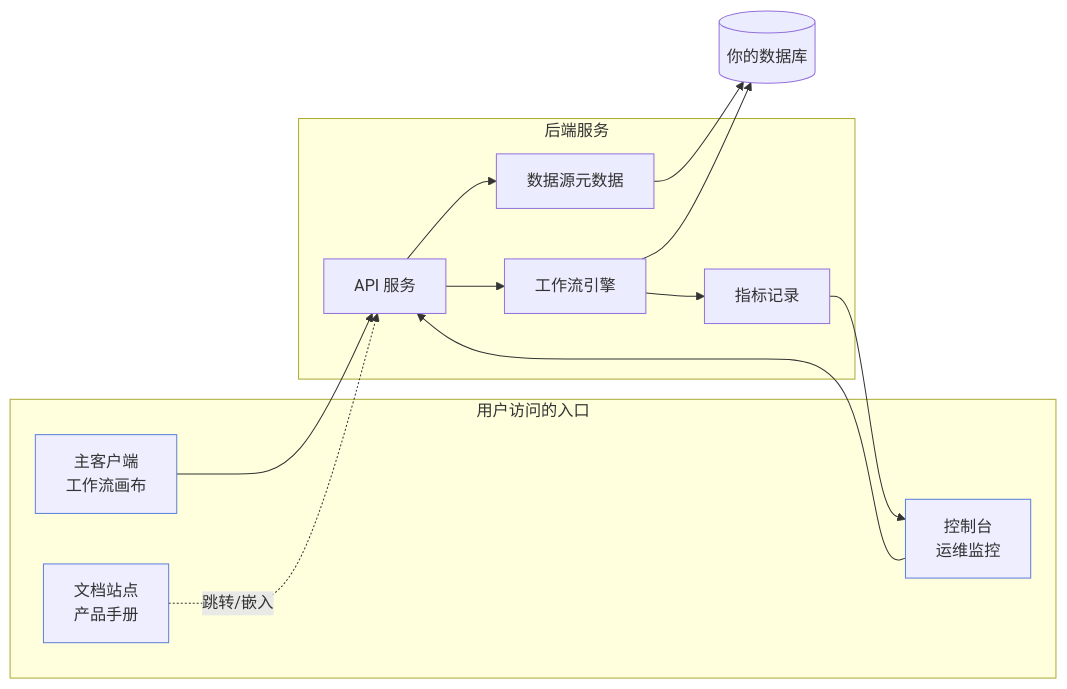
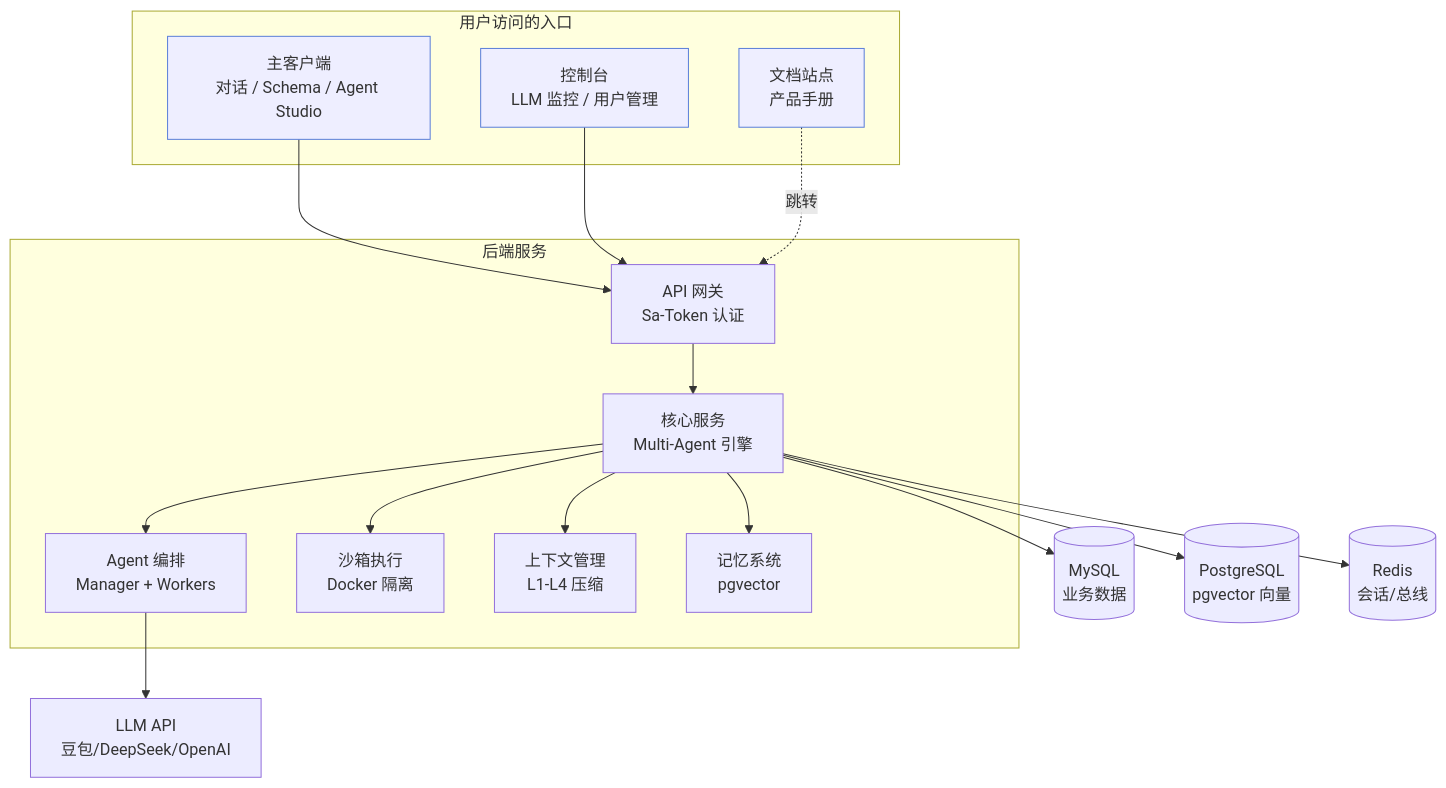
Before and after one commit to shixia9/MustBeTheSQL: the first of 3 diagrams in sql-logic-docs/docs/constructure/overview.md, drawn with Mermaid. The commit also changed other lines of this file and 11 other files, not shown here.

First line of the commit message:
docs: 更新全量文档适配 Multi-Agent 架构

````diff
--- a/sql-logic-docs/docs/constructure/overview.md
+++ b/sql-logic-docs/docs/constructure/overview.md
@@ -13,27 +13,33 @@
 ```mermaid
-flowchart LR
+flowchart TB
   subgraph 用户访问的入口
-    Client["主客户端<br/>工作流画布"]
-    Admin["控制台<br/>运维监控"]
+    Client["主客户端<br/>对话 / Schema / Agent Studio"]
+    Admin["控制台<br/>LLM 监控 / 用户管理"]
     Docs["文档站点<br/>产品手册"]
   end
   subgraph 后端服务
-    API["API 服务"]
-    Meta["数据源元数据"]
-    Exec["工作流引擎"]
-    Metrics["指标记录"]
+    Gateway["API 网关<br/>Sa-Token 认证"]
+    Service["核心服务<br/>Multi-Agent 引擎"]
+    Service --> Engine["Agent 编排<br/>Manager + Workers"]
+    Service --> Sandbox["沙箱执行<br/>Docker 隔离"]
+    Service --> Ctx["上下文管理<br/>L1-L4 压缩"]
+    Service --> Memory["记忆系统<br/>pgvector"]
   end
-  DB[("你的数据库")]
+  DB[("MySQL<br/>业务数据")]
+  PG[("PostgreSQL<br/>pgvector 向量")]
+  Redis[("Redis<br/>会话/总线")]
+  LLM["LLM API<br/>豆包/DeepSeek/OpenAI"]
 
-  Client --> API
-  Admin --> API
-  Docs -.跳转/嵌入.-> API
-  API --> Meta --> DB
-  API --> Exec --> DB
-  Exec --> Metrics
-  Metrics --> Admin
+  Client --> Gateway
+  Admin --> Gateway
+  Docs -.跳转.-> Gateway
+  Gateway --> Service
+  Service --> DB
+  Service --> PG
+  Service --> Redis
+  Engine --> LLM
 
   style Client fill:#eef,stroke:#5b7fd9
   style Admin fill:#eef,stroke:#5b7fd9
   style Docs fill:#eef,stroke:#5b7fd9
 ```
````
